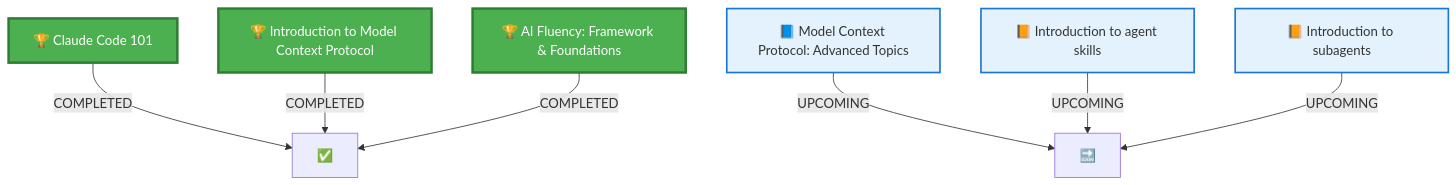
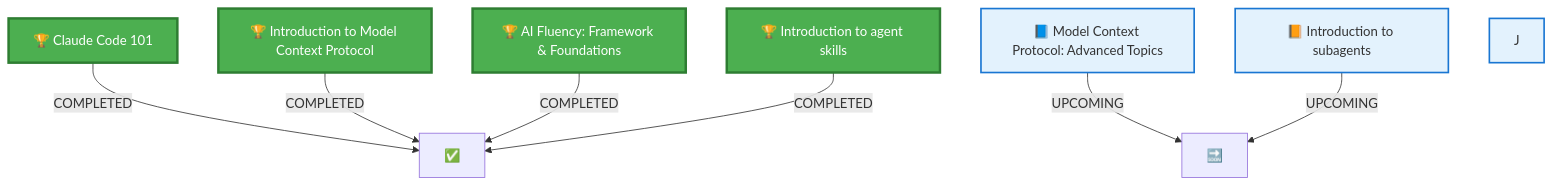
The diagram in README.md (Charlene7508/ANTHROPIC_CERTIFICATES), drawn with Mermaid before and after one commit. The commit also changed other lines of this file, not shown here.

````diff
--- a/README.md
+++ b/README.md
@@ -58,16 +66,17 @@
 ```mermaid
 graph TD
     A[🏆 Claude Code 101] -->|COMPLETED| B[✅]
     C[🏆 Introduction to Model Context Protocol] -->|COMPLETED| B
     D[🏆 AI Fluency: Framework & Foundations] -->|COMPLETED| B
+    E[🏆 Introduction to agent skills] -->|COMPLETED| B
     G[📘 Model Context Protocol: Advanced Topics] -->|UPCOMING| H[🔜]
-    I[📙 Introduction to agent skills] -->|UPCOMING| H
-    J[📙 Introduction to subagents] -->|UPCOMING| H
+    I[📙 Introduction to subagents] -->|UPCOMING| H
     
     style A fill:#4CAF50,stroke:#2E7D32,stroke-width:3px,color:#fff
     style C fill:#4CAF50,stroke:#2E7D32,stroke-width:3px,color:#fff
     style D fill:#4CAF50,stroke:#2E7D32,stroke-width:3px,color:#fff
+    style E fill:#4CAF50,stroke:#2E7D32,stroke-width:3px,color:#fff
     style G fill:#E3F2FD,stroke:#1976D2,stroke-width:2px
     style I fill:#E3F2FD,stroke:#1976D2,stroke-width:2px
     style J fill:#E3F2FD,stroke:#1976D2,stroke-width:2px
 ```
````
